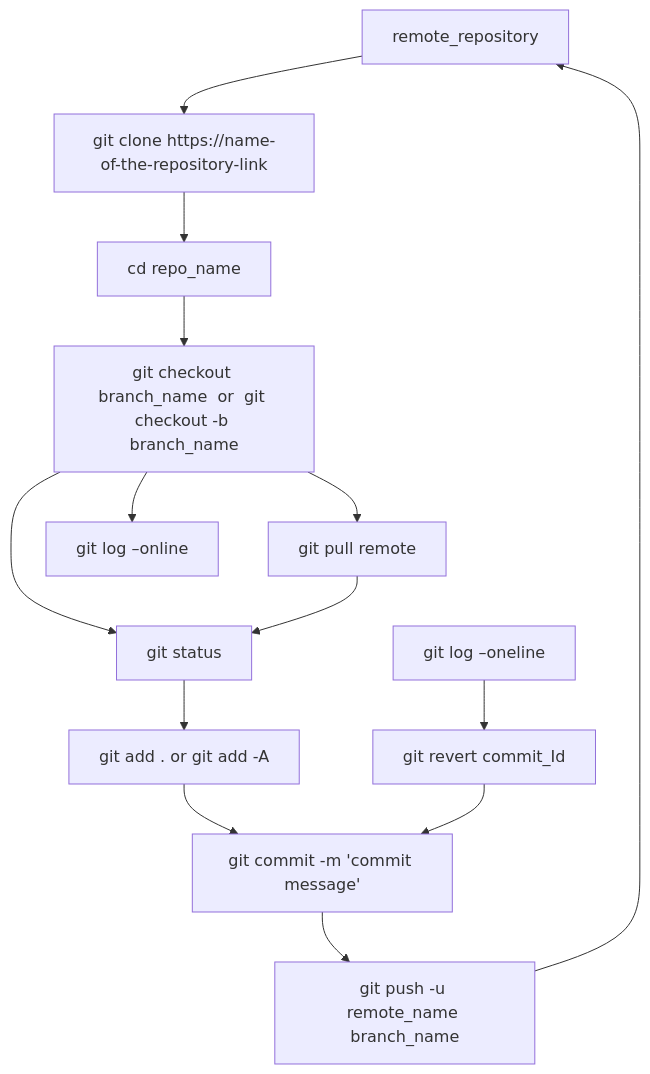
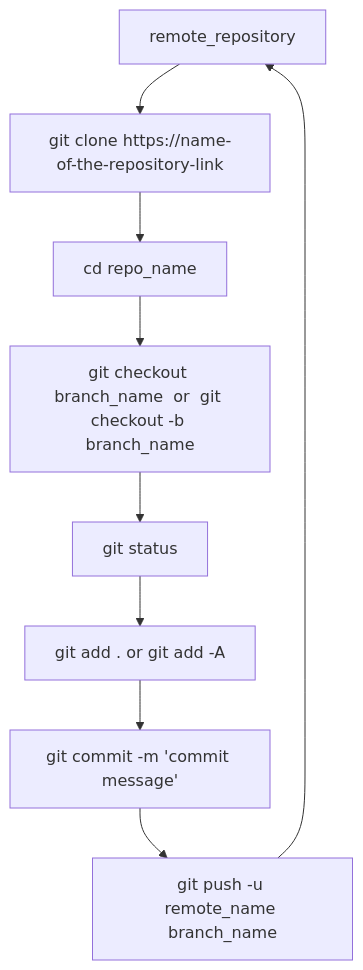
The diagram in Git_Workflow_for_Developers_.md (stawssthub/tstmd), drawn with Mermaid before and after one commit.

Commit message:
Add files via upload
ZC

````diff
--- a/Git_Workflow_for_Developers_.md
+++ b/Git_Workflow_for_Developers_.md
@@ -204,16 +204,11 @@
 ```mermaid
 flowchart TD;
     remote_repository-->working_directory[git clone https://name-of-the-repository-link];
     working_directory[git clone https://name-of-the-repository-link]-->Change_directory[cd repo_name ];
     Change_directory[cd repo_name ]-->checkout_branch[git checkout branch_name  or  git checkout -b branch_name];
     checkout_branch[git checkout branch_name  or  git checkout -b branch_name]-->git_status[git status];
     git_status[git status]-->git_add[git add .  or  git add -A];
     git_add[git add .  or  git add -A]-->git_commit[git commit -m 'commit message'];
     git_commit[git commit -m 'commit message']-->git_push[git push -u remote_name branch_name];
     git_push[git push -u remote_name branch_name]-->remote_repository;
-    checkout_branch[git checkout branch_name  or  git checkout -b branch_name]-->git_pull[git pull remote];
-    git_pull[git pull remote]-->git_status[git status];
-    checkout_branch[git checkout branch_name  or  git checkout -b branch_name]-->git_rever_log[git log –online];
-    git_revert_log[git log –oneline]-->git_revert_commitid[git revert commit_Id];
-    git_revert_commitid[git revert commit_Id]-->git_commit[git commit -m 'commit message'];
 ```
````
